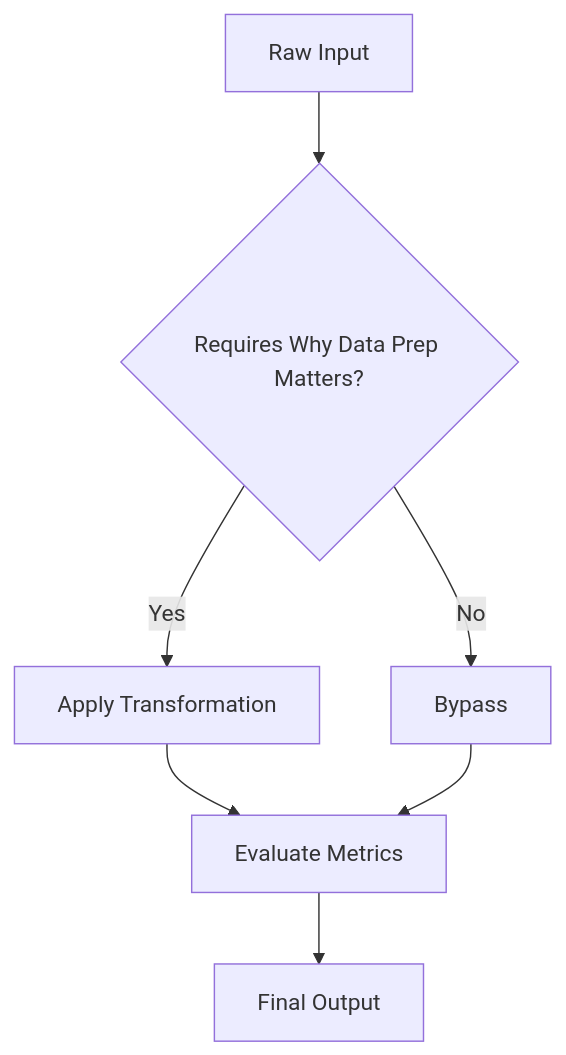
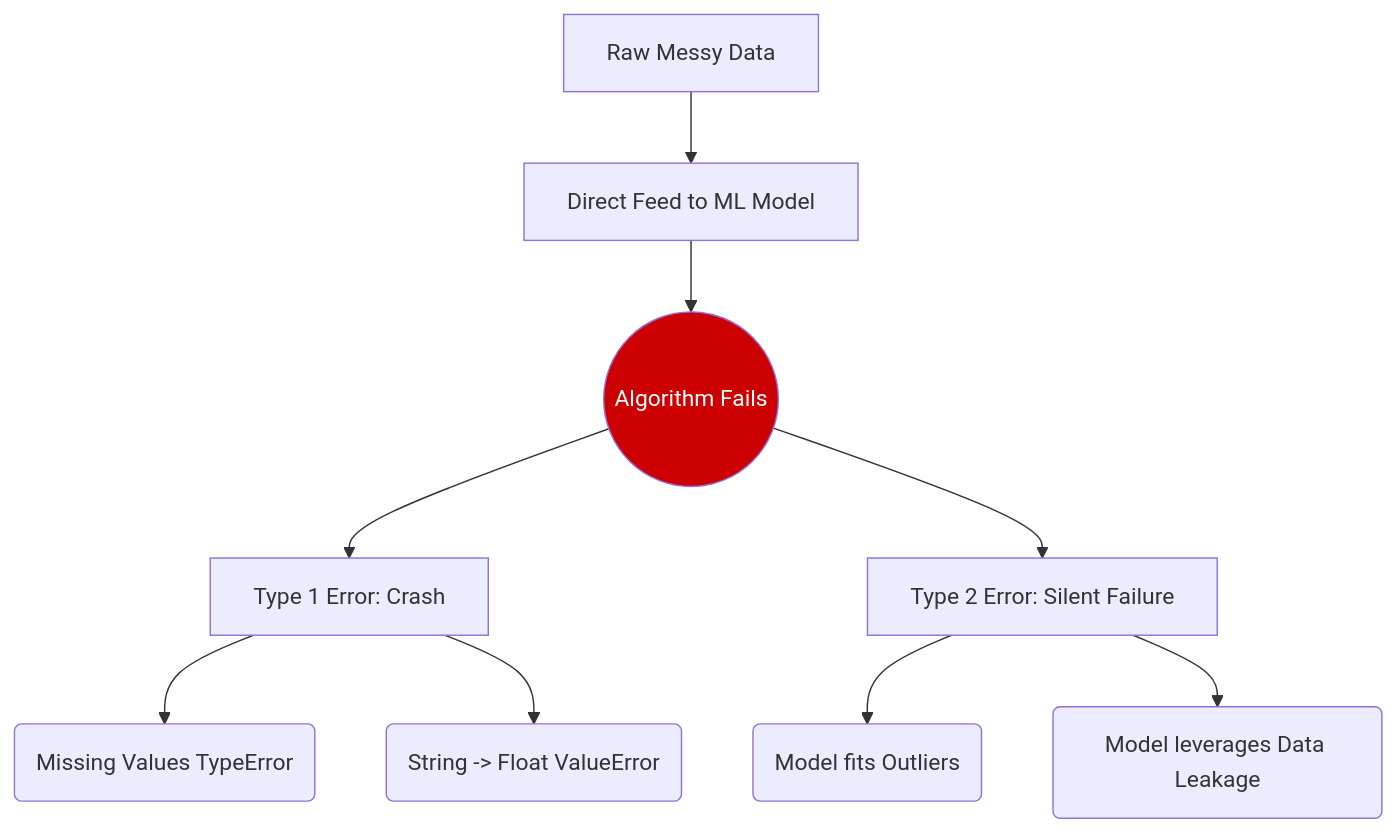
The diagram in docs/topic-1-data-preparation/explanation/why-data-prep-matters.md (bpp-sot/l6ds-m9-machine-learning), drawn with Mermaid before and after one commit. The commit also changed other lines of this file and 46 other files, not shown here.

````diff
--- a/docs/topic-1-data-preparation/explanation/why-data-prep-matters.md
+++ b/docs/topic-1-data-preparation/explanation/why-data-prep-matters.md
@@ -19,9 +30,15 @@
 ```mermaid
 graph TD
-    A[Raw Input] --> B{Requires Why Data Prep Matters?}
-    B -->|Yes| C[Apply Transformation]
-    B -->|No| D[Bypass]
-    C --> E[Evaluate Metrics]
-    D --> E
-    E --> F[Final Output]
+    A[Raw Messy Data] --> B[Direct Feed to ML Model]
+    B --> C((Algorithm Fails))
+    C --> D[Type 1 Error: Crash]
+    C --> E[Type 2 Error: Silent Failure]
+    
+    D --> F(Missing Values TypeError)
+    D --> G(String -> Float ValueError)
+    
+    E --> H(Model fits Outliers)
+    E --> I(Model leverages Data Leakage)
+    
+    style C fill:#cc0000,color:#fff
 ```
````
